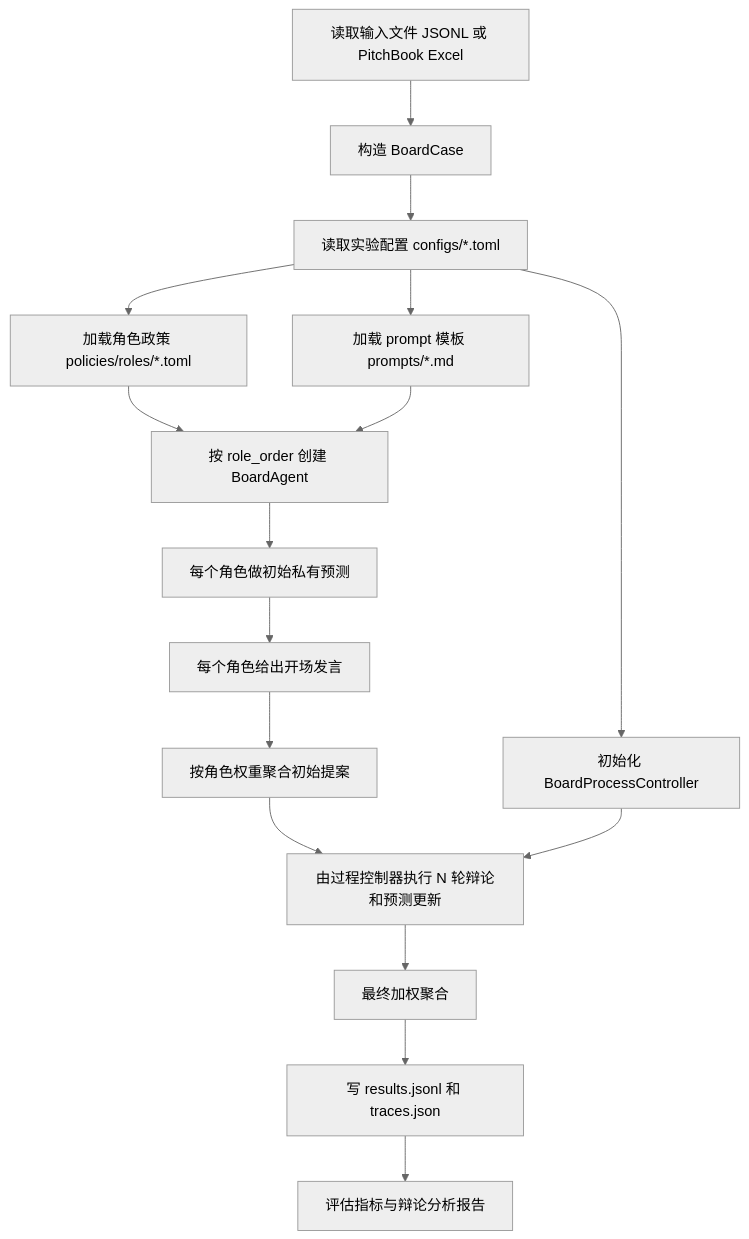
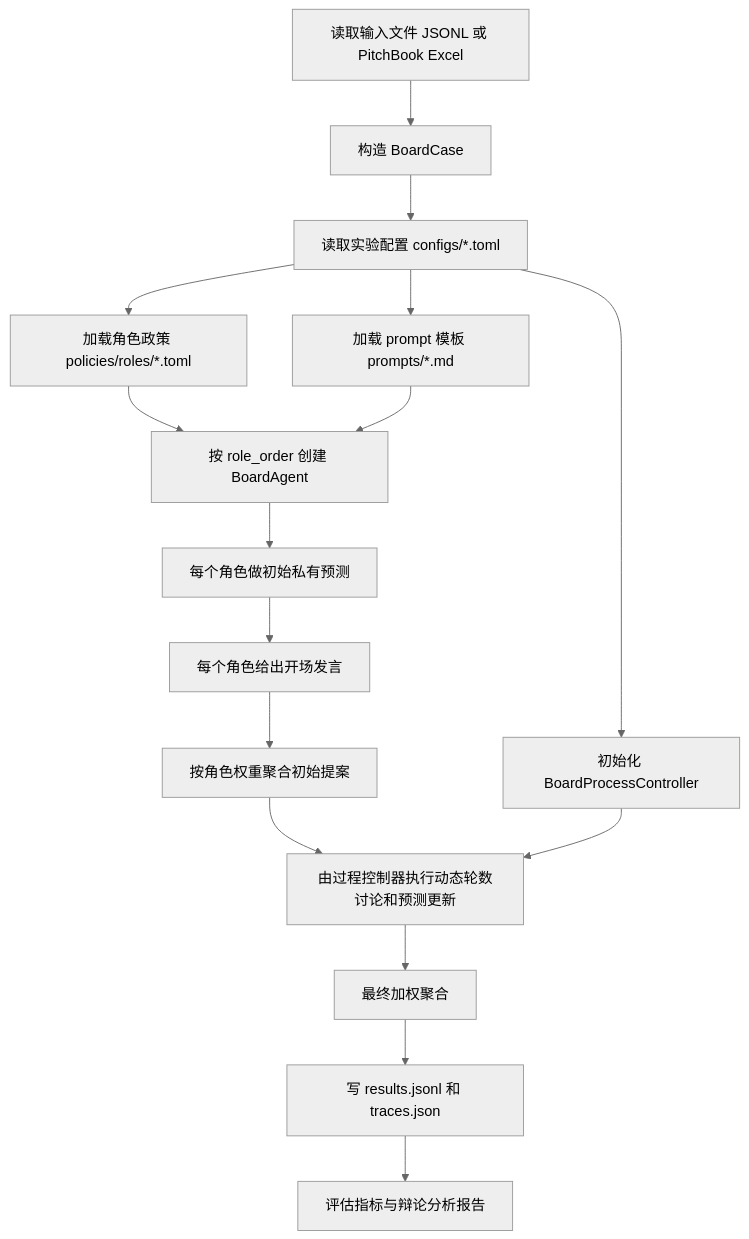
Before and after one commit to miracle089757/boardroom_sim_mvp: the diagram in 文档/实验流程.md, drawn with Mermaid (neutral theme). The commit also changed other lines of this file and 65 other files, not shown here.

````diff
--- a/文档/实验流程.md
+++ b/文档/实验流程.md
@@ -21,18 +21,18 @@
 ```mermaid
 flowchart TD
     A["读取输入文件 JSONL 或 PitchBook Excel"] --> B["构造 BoardCase"]
     B --> C["读取实验配置 configs/*.toml"]
     C --> D["加载角色政策 policies/roles/*.toml"]
     C --> E["加载 prompt 模板 prompts/*.md"]
     C --> P["初始化 BoardProcessController"]
     D --> F["按 role_order 创建 BoardAgent"]
     E --> F
     F --> G["每个角色做初始私有预测"]
     G --> H["每个角色给出开场发言"]
     H --> I["按角色权重聚合初始提案"]
-    I --> J["由过程控制器执行 N 轮辩论和预测更新"]
+    I --> J["由过程控制器执行动态轮数讨论和预测更新"]
     P --> J
     J --> K["最终加权聚合"]
     K --> L["写 results.jsonl 和 traces.json"]
     L --> M["评估指标与辩论分析报告"]
 ```
````
